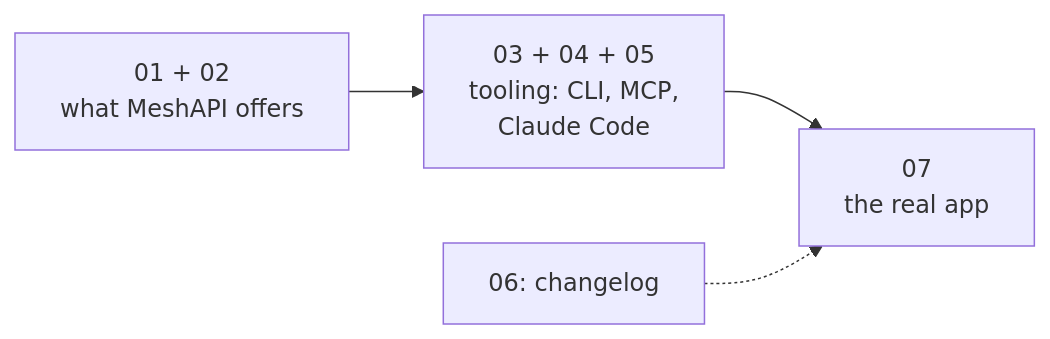
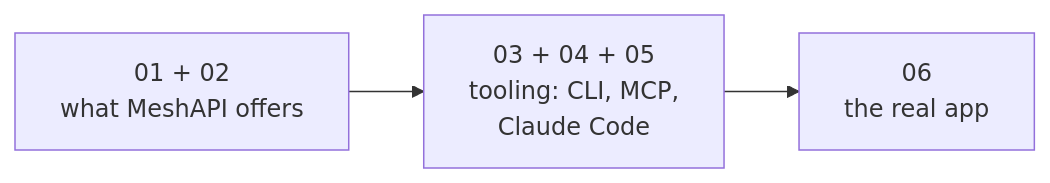
Before and after one commit to d-hackmt/meshapi: the diagram in docs/README.md, drawn with Mermaid. The commit also changed other lines of this file and 4 other files, not shown here.

````diff
--- a/docs/README.md
+++ b/docs/README.md
@@ -6,5 +6,4 @@
 ```mermaid
 flowchart LR
-    A["01 + 02\nwhat MeshAPI offers"] --> B["03 + 04 + 05\ntooling: CLI, MCP,\nClaude Code"] --> C["07\nthe real app"]
-    D["06: changelog"] -.-> C
+    A["01 + 02\nwhat MeshAPI offers"] --> B["03 + 04 + 05\ntooling: CLI, MCP,\nClaude Code"] --> C["06\nthe real app"]
 ```
````
